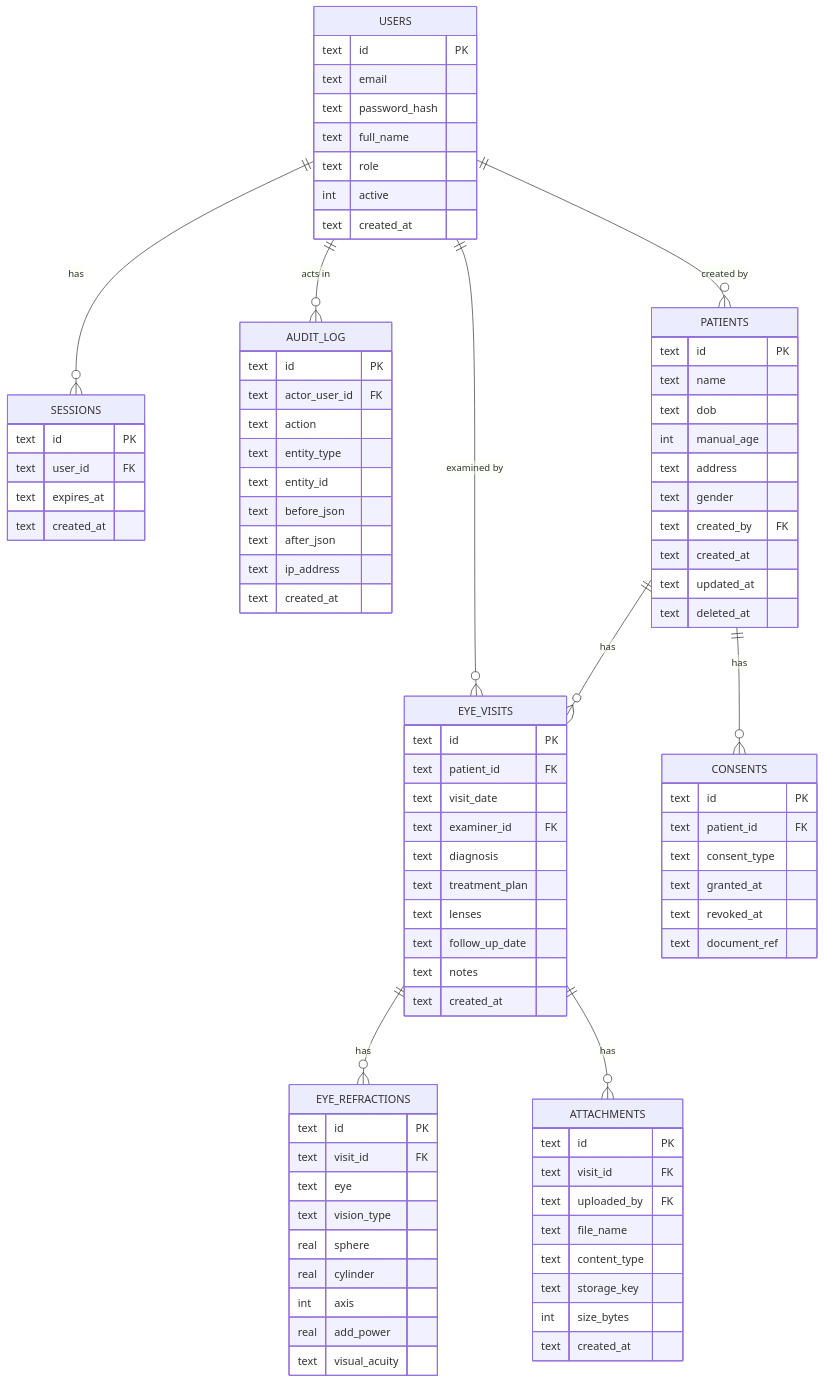
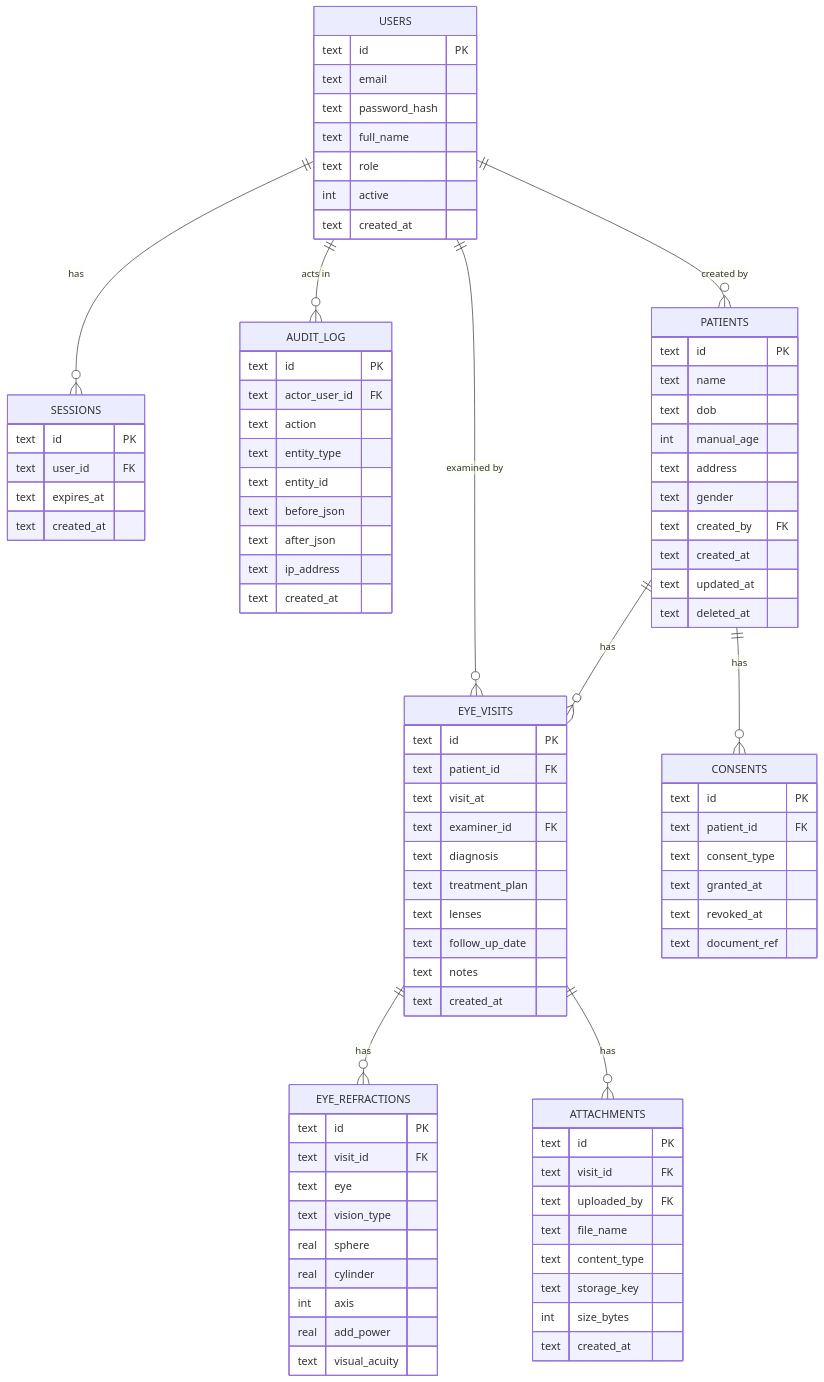
The second of 2 diagrams in docs/design.md (hashwani19/Testhash), drawn with Mermaid before and after one commit. The commit also changed other lines of this file, not shown here.

First line of the commit message:
Give visit records a real datetime and make default sort explicit

```diff
--- a/docs/design.md
+++ b/docs/design.md
@@ -144,7 +144,7 @@
     EYE_VISITS {
         text id PK
         text patient_id FK
-        text visit_date
+        text visit_at
         text examiner_id FK
         text diagnosis
         text treatment_plan
```
